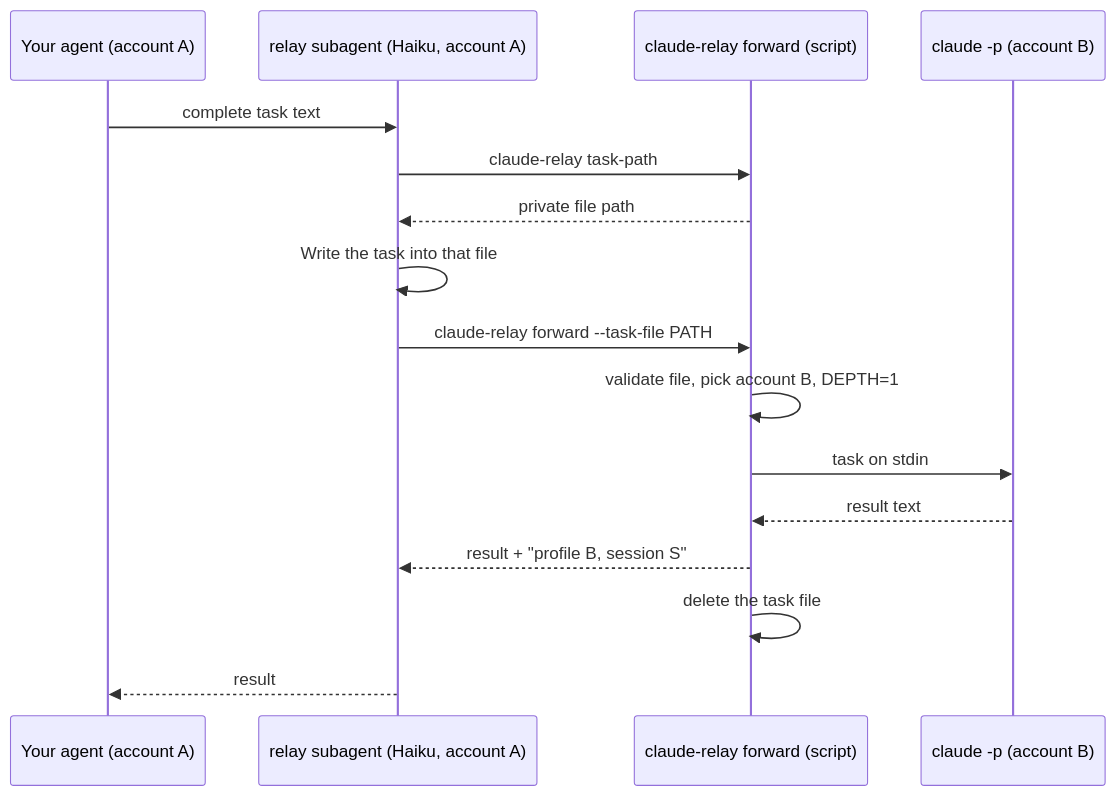
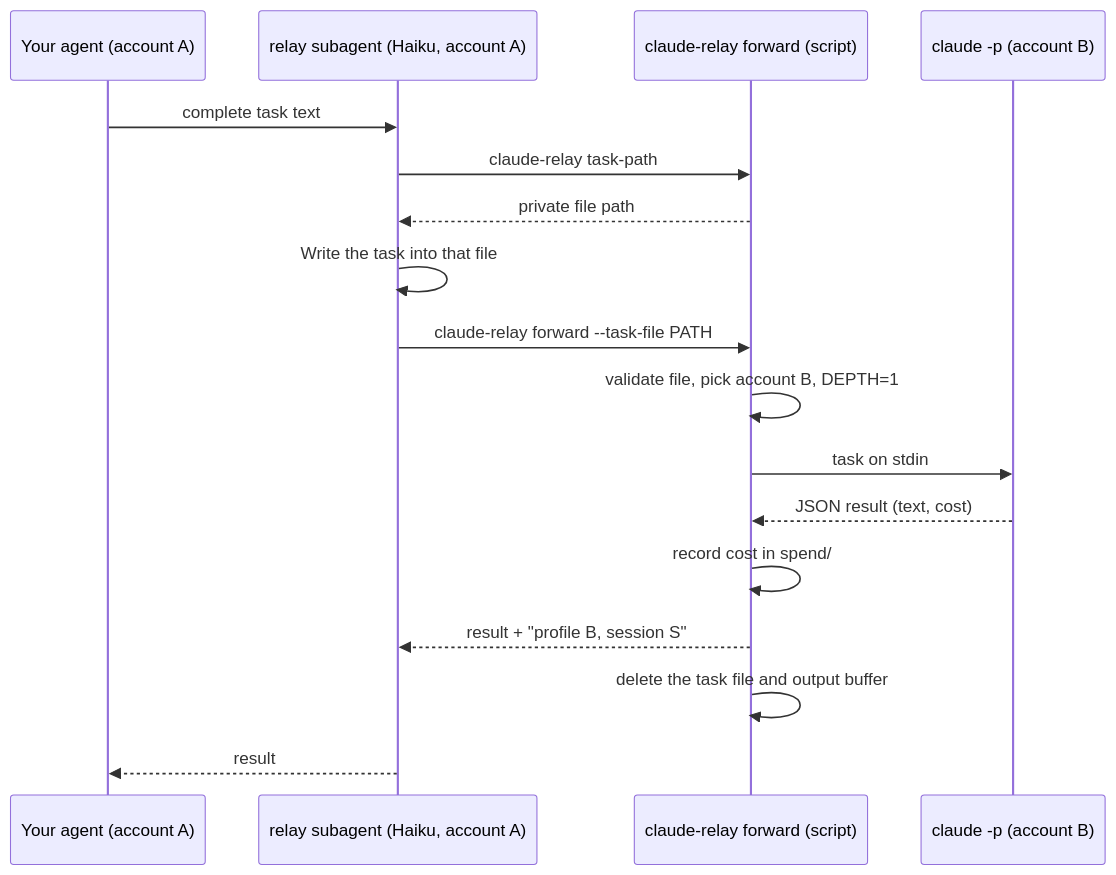
One commit to nahimdhaney/claude-relay changed the third of 4 diagrams in docs/HOW-IT-WORKS.md. Above: the diagram before and after it, drawn with Mermaid. The commit also changed other lines of this file and 6 other files, not shown here.

````diff
--- a/docs/HOW-IT-WORKS.md
+++ b/docs/HOW-IT-WORKS.md
@@ -120,18 +121,19 @@
 ```mermaid
 sequenceDiagram
   participant M as Your agent (account A)
   participant R as relay subagent (Haiku, account A)
   participant F as claude-relay forward (script)
   participant C as claude -p (account B)
   M->>R: complete task text
   R->>F: claude-relay task-path
   F-->>R: private file path
   R->>R: Write the task into that file
   R->>F: claude-relay forward --task-file PATH
   F->>F: validate file, pick account B, DEPTH=1
   F->>C: task on stdin
-  C-->>F: result text
+  C-->>F: JSON result (text, cost)
+  F->>F: record cost in spend/
   F-->>R: result + "profile B, session S"
-  F->>F: delete the task file
+  F->>F: delete the task file and output buffer
   R-->>M: result
 ```
````
